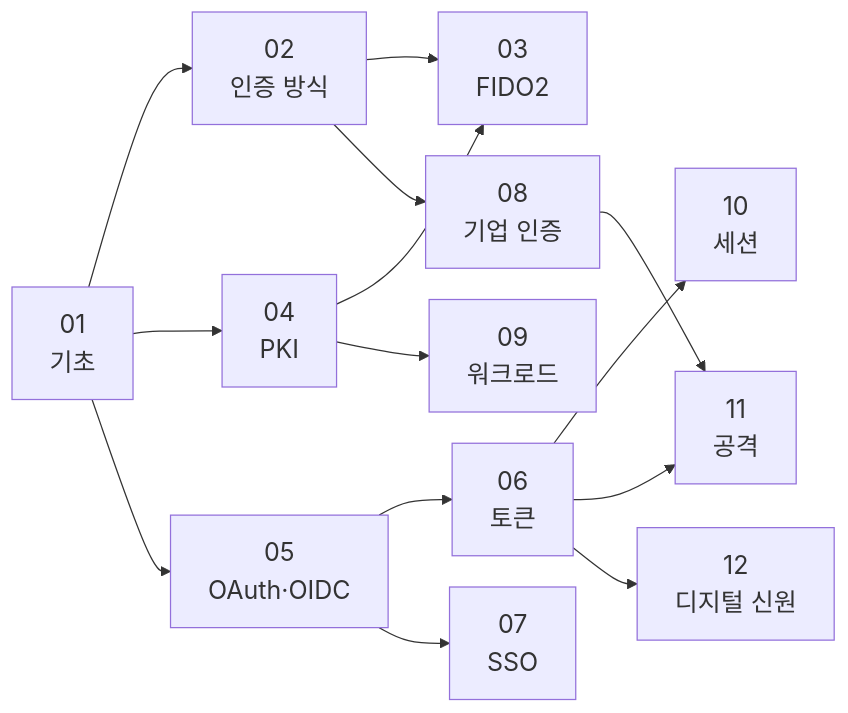
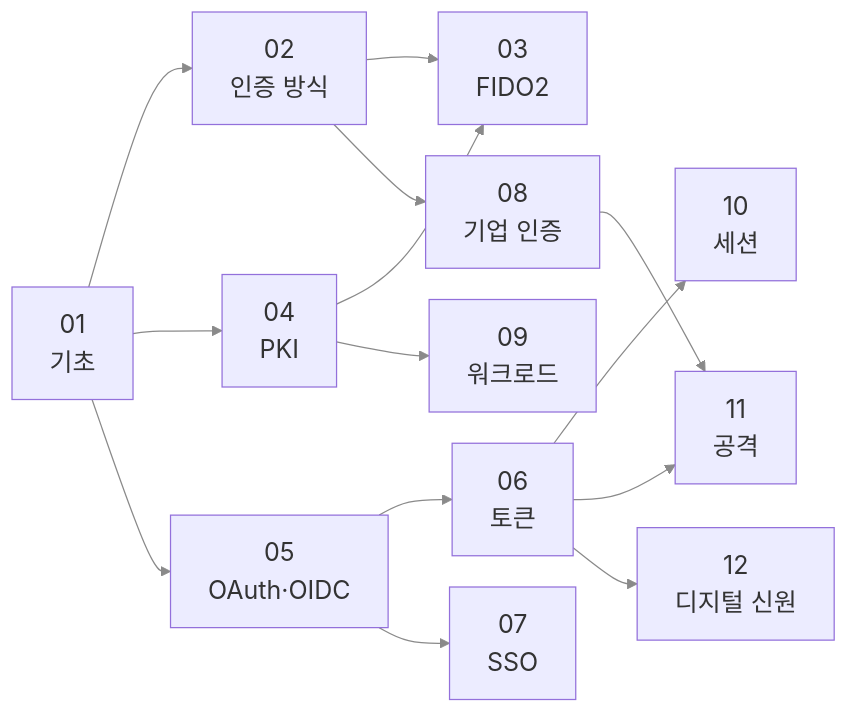
One commit to secututor/security-knowledge-base changed the second of 2 diagrams in security-fundamentals/pki-identity/README.md. Above: the diagram before and after it, drawn with Mermaid. The commit also changed other lines of this file and 12 other files, not shown here.

Commit message:
docs: 모든 Mermaid 그림에 라이트·다크 공용 선·글자 색 적용

````diff
--- a/security-fundamentals/pki-identity/README.md
+++ b/security-fundamentals/pki-identity/README.md
@@ -67,17 +67,17 @@
 ```mermaid
-%%{init: {"themeVariables": {"fontSize": "20px"}, "flowchart": {"nodeSpacing": 25, "rankSpacing": 30}}}%%
+%%{init: {"themeVariables": {"fontSize": "20px", "lineColor": "#8a8a8a", "signalColor": "#8a8a8a", "signalTextColor": "#8a8a8a", "actorLineColor": "#8a8a8a"}, "flowchart": {"nodeSpacing": 25, "rankSpacing": 30}}}%%
 flowchart LR
     A["01<br>기초"] --> B["02<br>인증 방식"]
     A --> D["04<br>PKI"]
     A --> E["05<br>OAuth·OIDC"]
     B --> C["03<br>FIDO2"]
     D --> C
     E --> F["06<br>토큰"]
     E --> G["07<br>SSO"]
     B --> H["08<br>기업 인증"]
     D --> I["09<br>워크로드"]
     F --> J["10<br>세션"]
     F --> K["11<br>공격"]
     H --> K
     F --> L["12<br>디지털 신원"]
 ```
````
